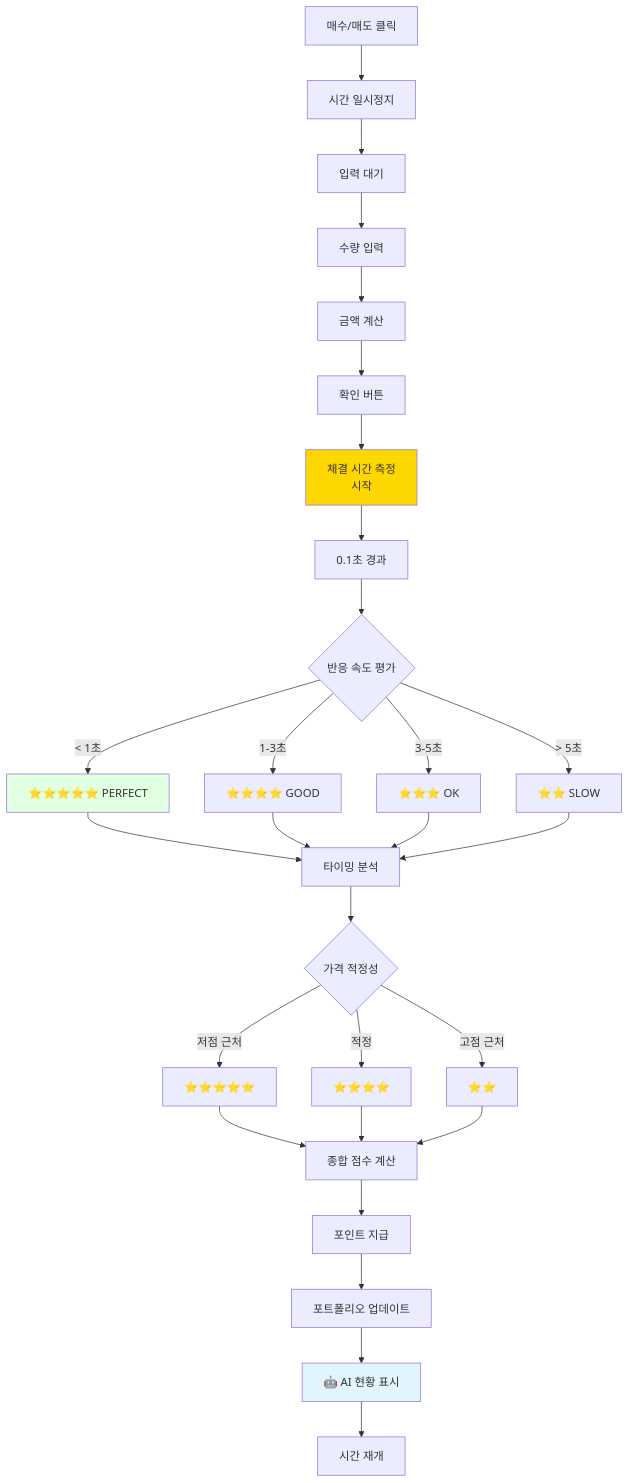
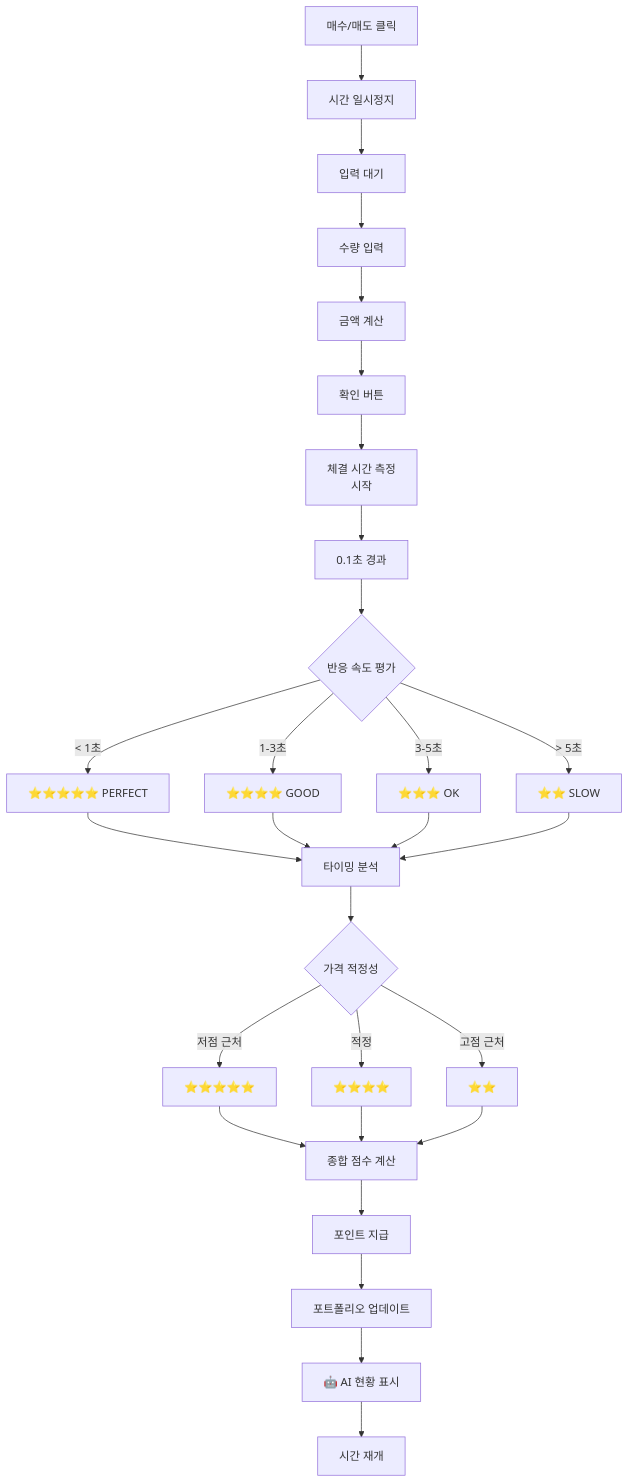
The second of 5 diagrams in README.md (Collegenie-X/stock_simulation), drawn with Mermaid before and after one commit. The commit also changed other lines of this file, not shown here.

````diff
--- a/README.md
+++ b/README.md
@@ -1028,42 +1298,39 @@
 ```mermaid
 flowchart TD
     A[매수/매도 클릭] --> B[시간 일시정지]
     B --> C[입력 대기]
     
     C --> D[수량 입력]
     D --> E[금액 계산]
     E --> F[확인 버튼]
     
     F --> G[체결 시간 측정<br/>시작]
     G --> H[0.1초 경과]
     
     H --> I{반응 속도 평가}
     I -->|< 1초| J[⭐⭐⭐⭐⭐ PERFECT]
     I -->|1-3초| K[⭐⭐⭐⭐ GOOD]
     I -->|3-5초| L[⭐⭐⭐ OK]
     I -->|> 5초| M[⭐⭐ SLOW]
     
     J --> N[타이밍 분석]
     K --> N
     L --> N
     M --> N
     
     N --> O{가격 적정성}
     O -->|저점 근처| P[⭐⭐⭐⭐⭐]
     O -->|적정| Q[⭐⭐⭐⭐]
     O -->|고점 근처| R[⭐⭐]
     
     P --> S[종합 점수 계산]
     Q --> S
     R --> S
     
     S --> T[포인트 지급]
     T --> U[포트폴리오 업데이트]
     U --> V[🤖 AI 현황 표시]
     
     V --> W[시간 재개]
     
-    style G fill:#ffd700
-    style J fill:#e1ffe1
-    style V fill:#e1f5ff
 ```
````
